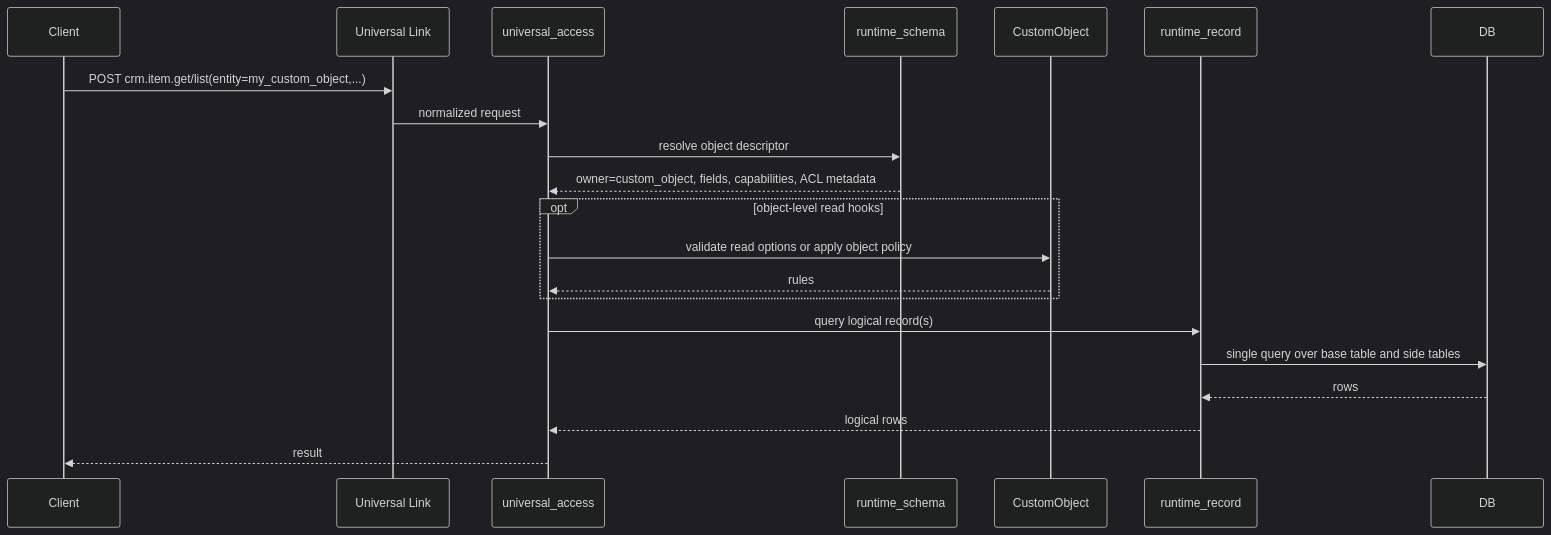
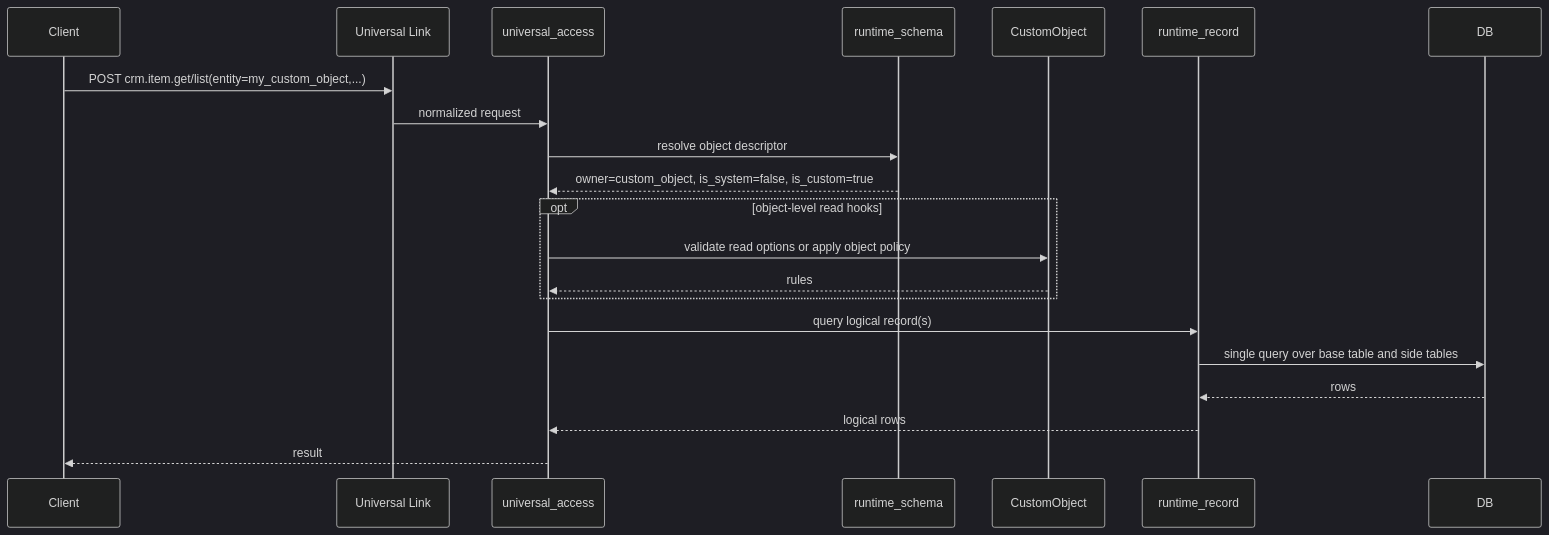
The third of 8 diagrams in docs/design/universal_access_crm_custom_object_flows.md (dinikon/dnk-runtime-core), drawn with Mermaid (dark theme) before and after one commit. The commit also changed other lines of this file and 8 other files, not shown here.

````diff
--- a/docs/design/universal_access_crm_custom_object_flows.md
+++ b/docs/design/universal_access_crm_custom_object_flows.md
@@ -209,24 +403,24 @@
 ```mermaid
 sequenceDiagram
     participant C as Client
     participant UL as Universal Link
     participant UA as universal_access
     participant RS as runtime_schema
     participant CO as CustomObject
     participant RR as runtime_record
     participant DB as DB
 
     C->>UL: POST crm.item.get/list(entity=my_custom_object,...)
     UL->>UA: normalized request
     UA->>RS: resolve object descriptor
-    RS-->>UA: owner=custom_object, fields, capabilities, ACL metadata
+    RS-->>UA: owner=custom_object, is_system=false, is_custom=true
     opt object-level read hooks
         UA->>CO: validate read options or apply object policy
         CO-->>UA: rules
     end
     UA->>RR: query logical record(s)
     RR->>DB: single query over base table and side tables
     DB-->>RR: rows
     RR-->>UA: logical rows
     UA-->>C: result
 ```
````
